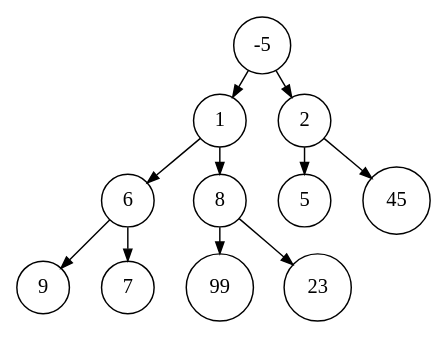
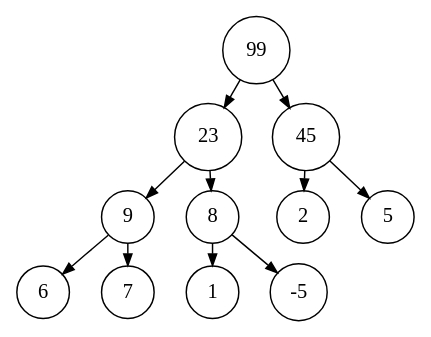
Before and after one commit to averyfaller/cs207labs: the diagram in onheapifyimg05.dot, drawn with Graphviz. The commit also changed 6 other files, not shown here.

```diff
--- a/onheapifyimg05.dot
+++ b/onheapifyimg05.dot
@@ -1,28 +1,28 @@
 
     digraph G {
     nodesep=0.3;
     ranksep=0.2;
     margin=0.1;
     node [shape=circle];
     edge [arrowsize=0.8];
     1 -> 2[side=left];
 1 -> 3;
 2 -> 4[side=left];
 2 -> 5;
 3 -> 6[side=left];
 3 -> 7;
 4 -> 8[side=left];
 4 -> 9;
 5 -> 10[side=left];
 5 -> 11;
-1[label="-5"]
-2[label="1"]
-3[label="2"]
-4[label="6"]
+1[label="99"]
+2[label="23"]
+3[label="45"]
+4[label="9"]
 5[label="8"]
-6[label="5"]
-7[label="45"]
-8[label="9"]
+6[label="2"]
+7[label="5"]
+8[label="6"]
 9[label="7"]
-10[label="99"]
-11[label="23"]}
+10[label="1"]
+11[label="-5"]}
```
